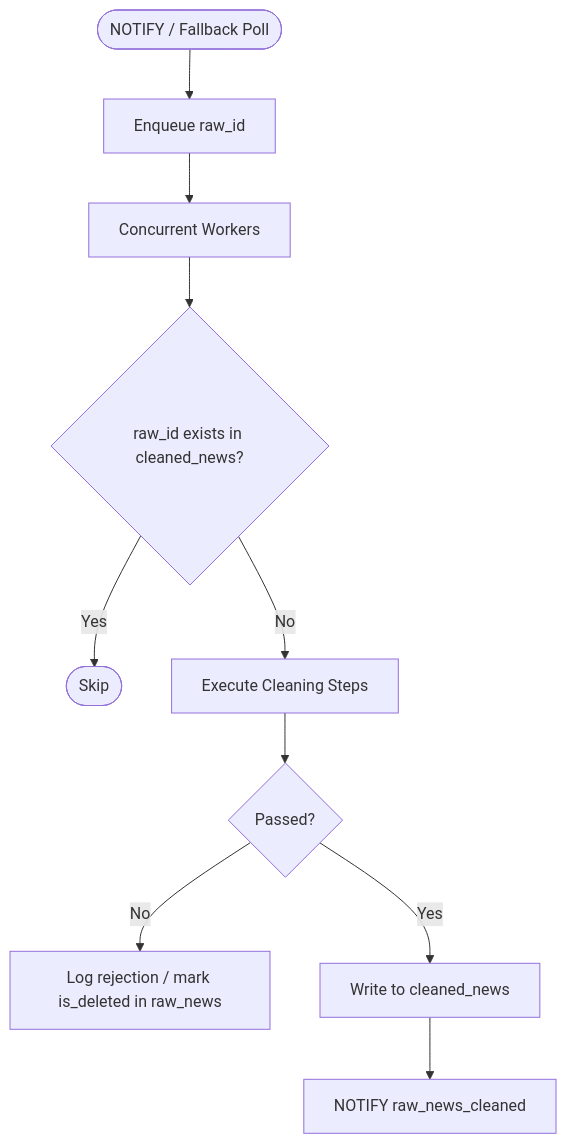
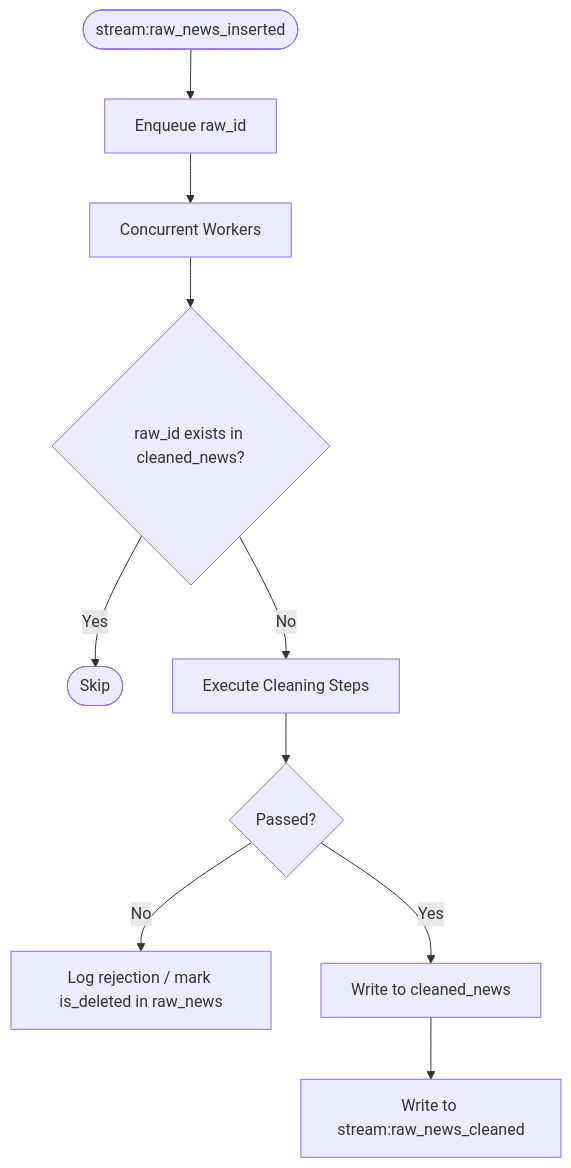
One commit to mars-xiaoyi/wealthfinder changed the second of 2 diagrams in stock-assistant-data-ingestion/docs/architecture/system-design.md. Above: the diagram before and after it, drawn with Mermaid. The commit also changed other lines of this file, not shown here.

````diff
--- a/stock-assistant-data-ingestion/docs/architecture/system-design.md
+++ b/stock-assistant-data-ingestion/docs/architecture/system-design.md
@@ -273,12 +276,12 @@
 ```mermaid
 flowchart TD
-    A([NOTIFY / Fallback Poll]) --> B[Enqueue raw_id]
+    A([stream:raw_news_inserted]) --> B[Enqueue raw_id]
     B --> C[Concurrent Workers]
     C --> D{raw_id exists in cleaned_news?}
     D -->|Yes| E([Skip])
     D -->|No| F[Execute Cleaning Steps]
     F --> G{Passed?}
     G -->|No| H[Log rejection / mark is_deleted in raw_news]
     G -->|Yes| I[Write to cleaned_news]
-    I --> J[NOTIFY raw_news_cleaned]
+    I --> J[Write to stream:raw_news_cleaned]
 ```
````
